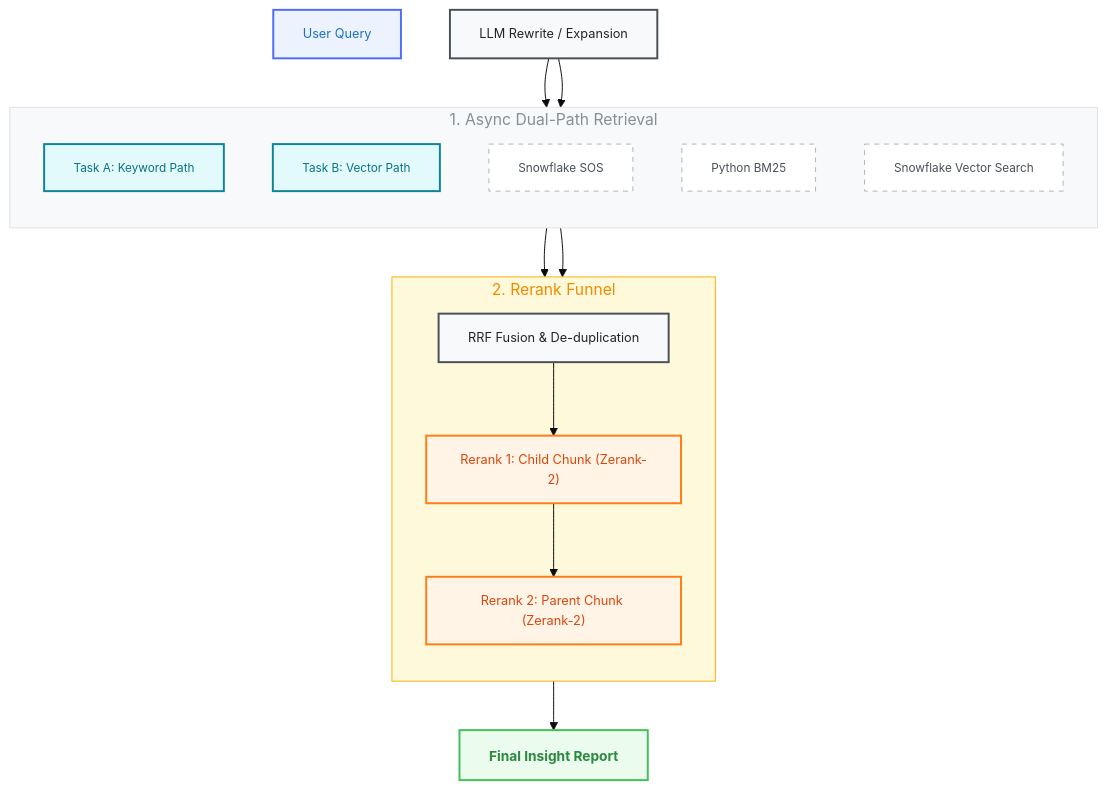
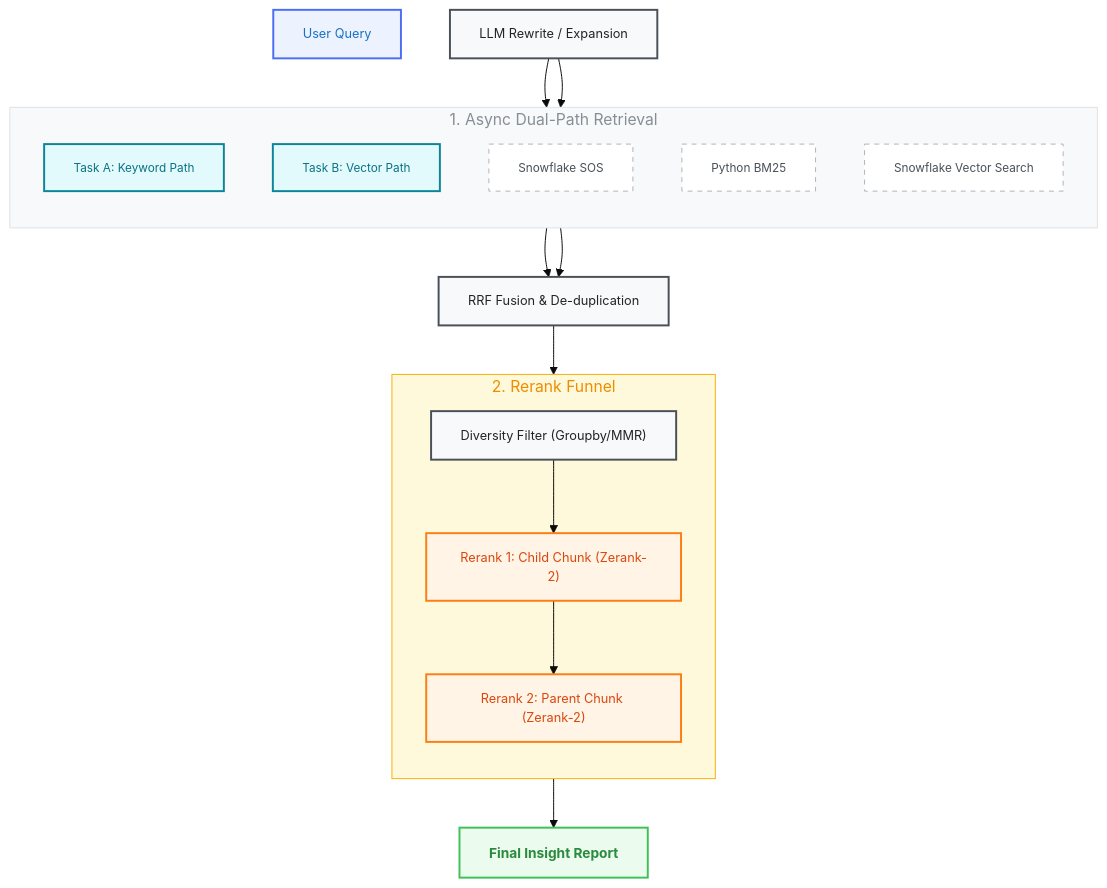
One commit to dataelvisliang/RAG-Architecture-Design-Transcript changed the diagram in README.md. Above: the diagram before and after it, drawn with Mermaid (base theme). The commit also changed other lines of this file and 1 other file, not shown here.

Commit message:
Add Semantic Diversity Strategy (MMR vs Groupby) and update architecture diagram

````diff
--- a/README.md
+++ b/README.md
@@ -10,44 +10,46 @@
 ```mermaid
 graph TD
     %% Node Definitions
     UserQuery["User Query"]:::input
     LLM_Rewrite["LLM Rewrite / Expansion"]:::process
     
     subgraph Retrieval_Stage["1. Async Dual-Path Retrieval"]
         direction TB
         TaskA["Task A: Keyword Path"]:::subtask
         TaskB["Task B: Vector Path"]:::subtask
         
         SOS["Snowflake SOS"]:::internal
         BM25["Python BM25"]:::internal
         VectorSearch["Snowflake Vector Search"]:::internal
     end
 
     LLM_Rewrite --> TaskA
     LLM_Rewrite --> TaskB
     
     BM25 --> RRF["RRF Fusion & De-duplication"]:::process
     VectorSearch --> RRF
     
+    RRF --> DiversityFilter["Diversity Filter (Groupby/MMR)"]:::process
+
     subgraph Rerank_Funnel["2. Rerank Funnel"]
         direction TB
         Rerank1["Rerank 1: Child Chunk (Zerank-2)"]:::rerank
         Rerank2["Rerank 2: Parent Chunk (Zerank-2)"]:::rerank
         
-        RRF --> Rerank1 --> Rerank2
+        DiversityFilter --> Rerank1 --> Rerank2
     end
     
     Rerank2 --> FinalOutput["Final Insight Report"]:::output
 
     %% Class Definitions for Premium Look
     classDef input fill:#EDF2FF,stroke:#4C6EF5,stroke-width:2px,color:#1971C2,font-size:13px;
     classDef process fill:#F8F9FA,stroke:#495057,stroke-width:2px,color:#212529,font-size:13px;
     classDef subtask fill:#E3FAFC,stroke:#0C8599,stroke-width:2px,color:#0B7285,font-size:12px;
     classDef internal fill:#FFF,stroke:#ADB5BD,stroke-width:1px,color:#495057,font-size:12px,stroke-dasharray: 5 5;
     classDef rerank fill:#FFF4E6,stroke:#FD7E14,stroke-width:2px,color:#D9480F,font-size:13px;
     classDef output fill:#EBFBEE,stroke:#40C057,stroke-width:2px,color:#2B8A3E,font-size:14px,font-weight:bold;
 
     %% Subgraph Styling
     style Retrieval_Stage fill:#f8f9fa,stroke:#dee2e6,stroke-width:1px,color:#868e96
     style Rerank_Funnel fill:#fff9db,stroke:#fab005,stroke-width:1px,color:#f08c00
 ```
````
